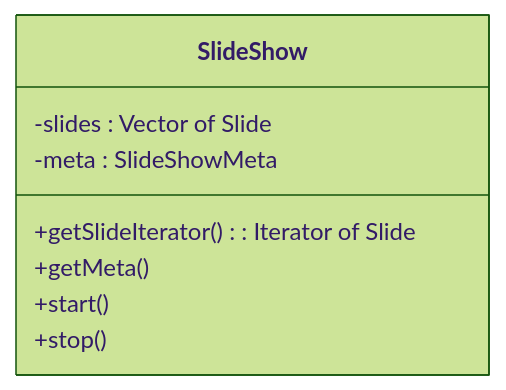
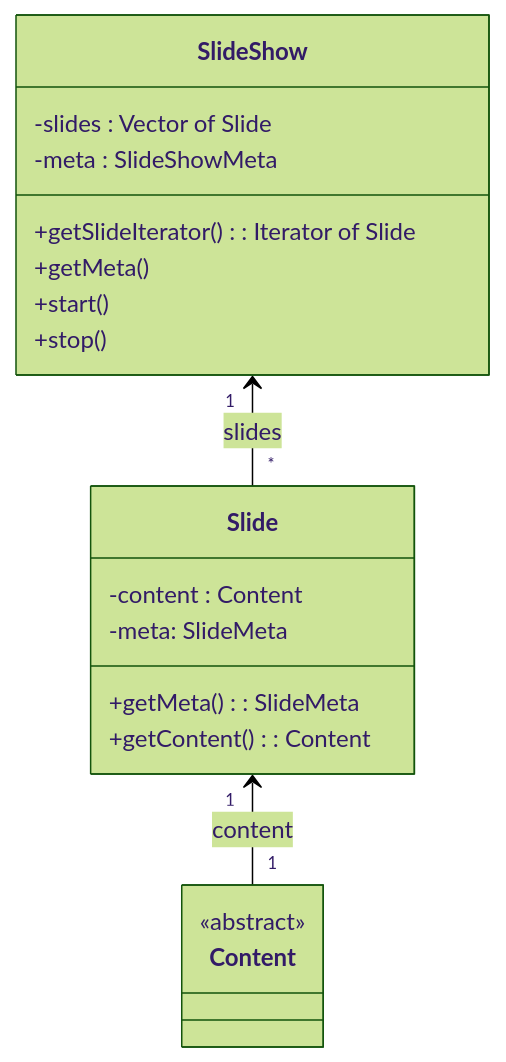
One commit to Borrelhapje/design-for-change changed the first of 3 diagrams in domaindesign.md. Above: the diagram before and after it, drawn with Mermaid (forest theme). The commit also changed other lines of this file, not shown here.

Commit message:
Added SlideIterator. Removed references to rendering/showing. Merged class diagrams for Slide and SlideShow and added a bare-bones Content class to the resulting diagram.

````diff
--- a/domaindesign.md
+++ b/domaindesign.md
@@ -55,11 +64,23 @@
 ```mermaid
 classDiagram
-class SlideShow{
-	-slides : Vector of Slide
-	-meta : SlideShowMeta
+    class SlideShow{
+        -slides : Vector of Slide
+        -meta : SlideShowMeta
         +getSlideIterator(): Iterator of Slide
         +getMeta()
-	+start()
-	+stop()
+        +start()
+        +stop()
+    }
+class Slide{
+	-content : Content
+        -meta: SlideMeta
+        +getMeta(): SlideMeta
+        +getContent(): Content
 }
+class Content{
+  <<abstract>>
+}
+
+SlideShow "1" <-- "*" Slide: slides
+Slide "1" <-- "1" Content: content
 ```
````
